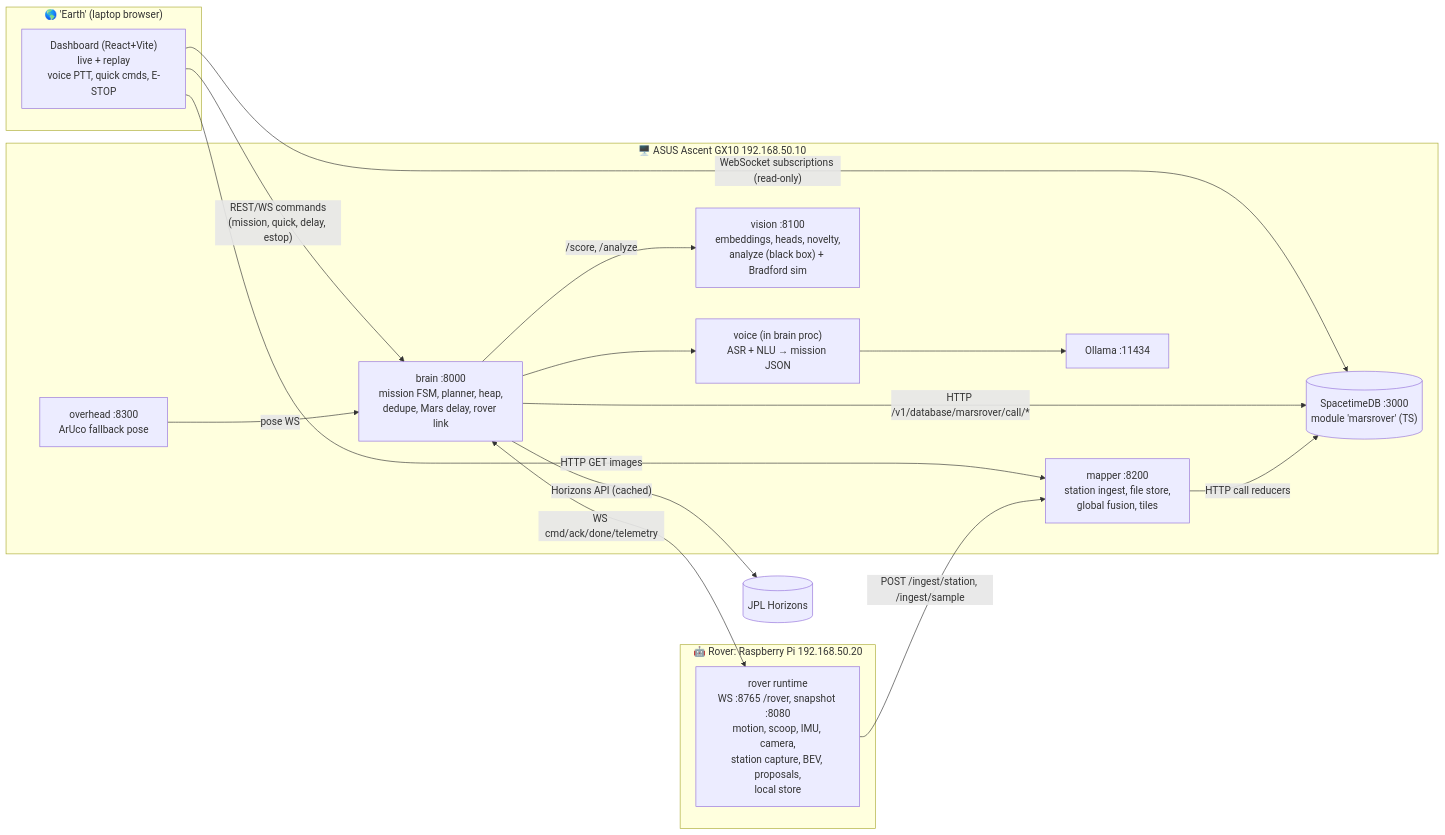
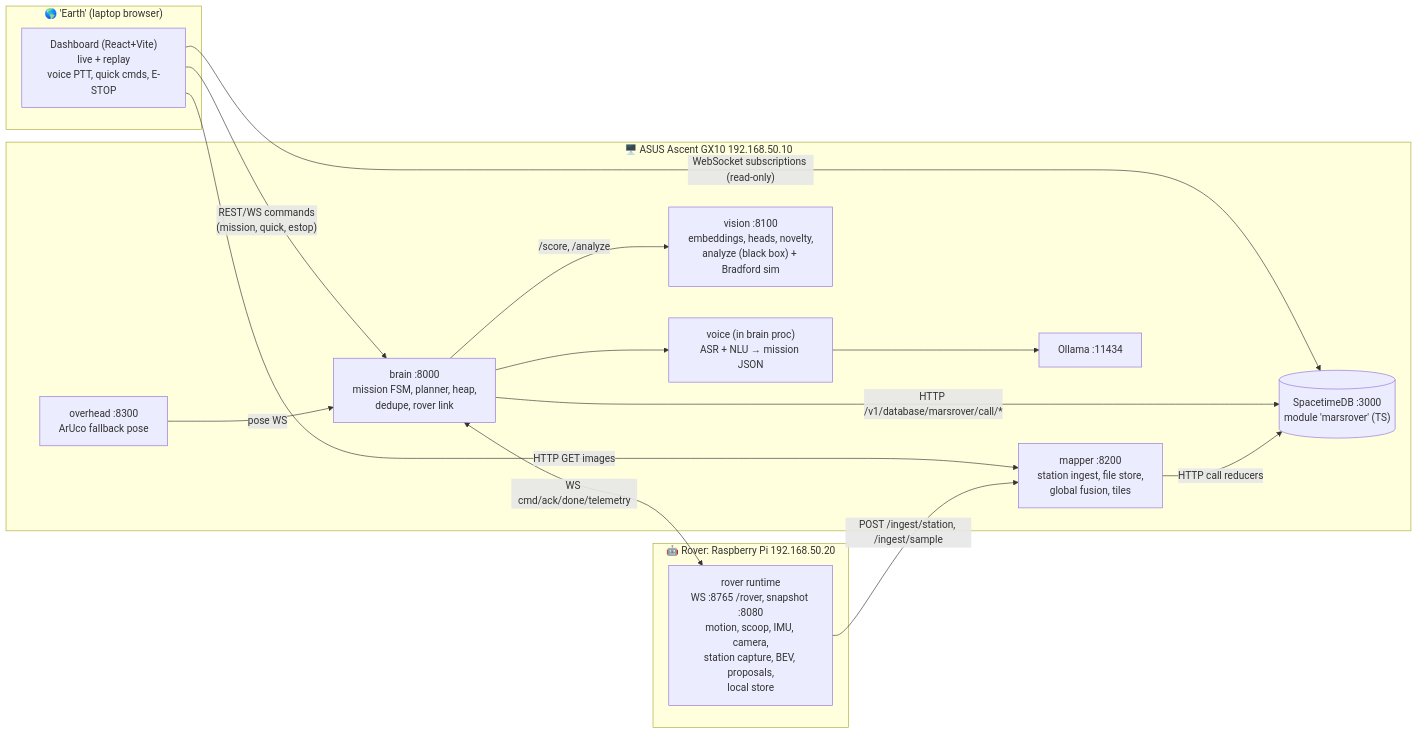
The diagram in README.md (rohanb123/autonomous-rover), drawn with Mermaid before and after one commit. The commit also changed other lines of this file and 25 other files, not shown here.

First line of the commit message:
Remove Mars delay mode (CONTRACT 1.0.0 -> 1.1.0)

````diff
--- a/README.md
+++ b/README.md
@@ -46,29 +44,28 @@
 ```mermaid
 flowchart LR
   subgraph Earth["🌎 'Earth' (laptop browser)"]
     DASH["Dashboard (React+Vite)<br/>live + replay<br/>voice PTT, quick cmds, E-STOP"]
   end
   subgraph GX10["🖥️ ASUS Ascent GX10 192.168.50.10"]
-    BRAIN["brain :8000<br/>mission FSM, planner, heap,<br/>dedupe, Mars delay, rover link"]
+    BRAIN["brain :8000<br/>mission FSM, planner, heap,<br/>dedupe, rover link"]
     VOICE["voice (in brain proc)<br/>ASR + NLU → mission JSON"]
     VISION["vision :8100<br/>embeddings, heads, novelty,<br/>analyze (black box) + Bradford sim"]
     MAPPER["mapper :8200<br/>station ingest, file store,<br/>global fusion, tiles"]
     OVER["overhead :8300<br/>ArUco fallback pose"]
     STDB[("SpacetimeDB :3000<br/>module 'marsrover' (TS)")]
     OLLAMA["Ollama :11434"]
   end
   subgraph Rover["🤖 Rover: Raspberry Pi 192.168.50.20"]
     RT["rover runtime<br/>WS :8765 /rover, snapshot :8080<br/>motion, scoop, IMU, camera,<br/>station capture, BEV, proposals,<br/>local store"]
   end
-  DASH -- "REST/WS commands<br/>(mission, quick, delay, estop)" --> BRAIN
+  DASH -- "REST/WS commands<br/>(mission, quick, estop)" --> BRAIN
   DASH -- "WebSocket subscriptions (read-only)" --> STDB
   DASH -- "HTTP GET images" --> MAPPER
   BRAIN <-- "WS cmd/ack/done/telemetry" --> RT
   RT -- "POST /ingest/station, /ingest/sample" --> MAPPER
   BRAIN -- "/score, /analyze" --> VISION
   BRAIN --> VOICE --> OLLAMA
   OVER -- "pose WS" --> BRAIN
   BRAIN -- "HTTP /v1/database/marsrover/call/*" --> STDB
   MAPPER -- "HTTP call reducers" --> STDB
-  BRAIN -- "Horizons API (cached)" --> HZN[("JPL Horizons")]
 ```
````
